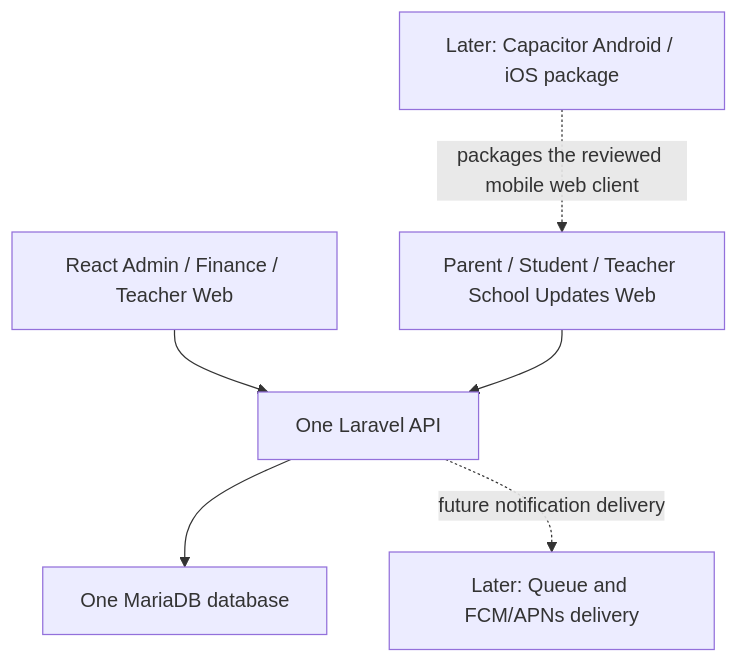
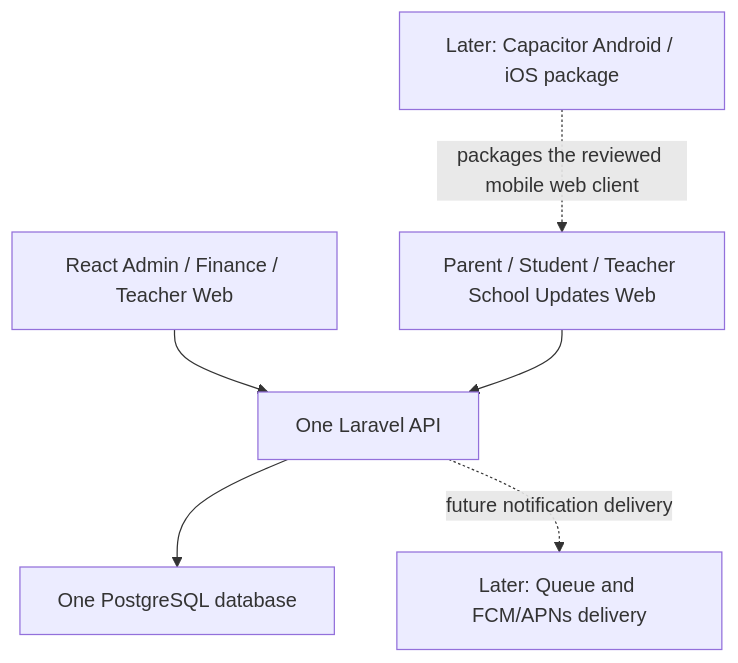
Before and after one commit to Kaikaiyng/Matahari: the diagram in docs/mobile-product-roadmap.md, drawn with Mermaid. The commit also changed other lines of this file and 33 other files, not shown here.

````diff
--- a/docs/mobile-product-roadmap.md
+++ b/docs/mobile-product-roadmap.md
@@ -23,15 +23,15 @@
 ```mermaid
 flowchart TB
     Admin["React Admin / Finance / Teacher Web"]
     MobileWeb["Parent / Student / Teacher School Updates Web"]
     Native["Later: Capacitor Android / iOS package"]
     API["One Laravel API"]
-    DB["One MariaDB database"]
+    DB["One PostgreSQL database"]
     Push["Later: Queue and FCM/APNs delivery"]
 
     Admin --> API
     MobileWeb --> API
     Native -.->|"packages the reviewed mobile web client"| MobileWeb
     API --> DB
     API -.->|"future notification delivery"| Push
 ```
````
